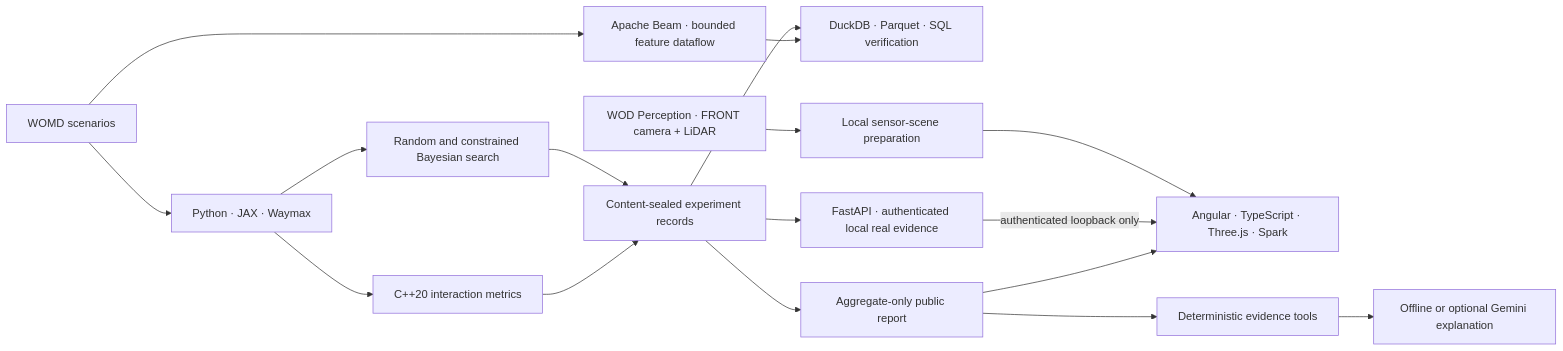
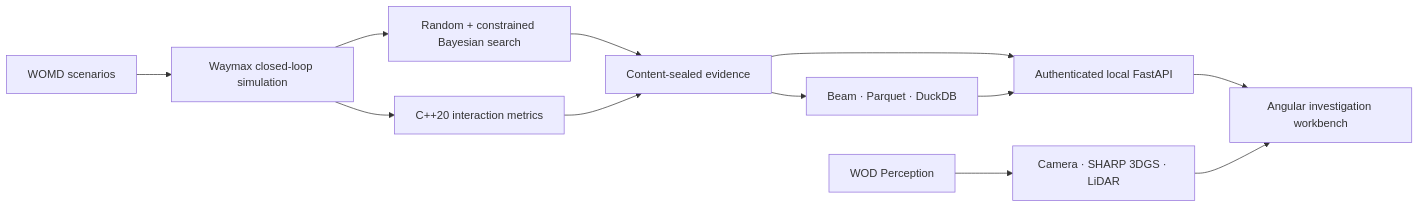
One commit to ethanvillalovoz/planmargin changed the diagram in README.md. Above: the diagram before and after it, drawn with Mermaid. The commit also changed other lines of this file and 12 other files, not shown here.

````diff
--- a/README.md
+++ b/README.md
@@ -131,19 +38,14 @@
 ```mermaid
 flowchart LR
-    A["WOMD scenarios"] --> B["Python · JAX · Waymax"]
-    B --> C["Random and constrained Bayesian search"]
-    B --> D["C++20 interaction metrics"]
-    C --> E["Content-sealed experiment records"]
-    D --> E
-    E --> F["DuckDB · Parquet · SQL verification"]
-    E --> G["Aggregate-only public report"]
-    E --> J["FastAPI · authenticated local real evidence"]
-    A --> K["Apache Beam · bounded feature dataflow"]
-    K --> F
-    N["WOD Perception · FRONT camera + LiDAR"] --> O["Local sensor-scene preparation"]
-    O --> I
-    G --> L["Deterministic evidence tools"]
-    L --> M["Offline or optional Gemini explanation"]
-    J -->|"authenticated loopback only"| I["Angular · TypeScript · Three.js · Spark"]
-    G --> I
+    W["WOMD scenarios"] --> X["Waymax closed-loop simulation"]
+    X --> S["Random + constrained Bayesian search"]
+    X --> C["C++20 interaction metrics"]
+    S --> E["Content-sealed evidence"]
+    C --> E
+    E --> D["Beam · Parquet · DuckDB"]
+    E --> A["Authenticated local FastAPI"]
+    D --> A
+    P["WOD Perception"] --> V["Camera · SHARP 3DGS · LiDAR"]
+    A --> U["Angular investigation workbench"]
+    V --> U
 ```
````
